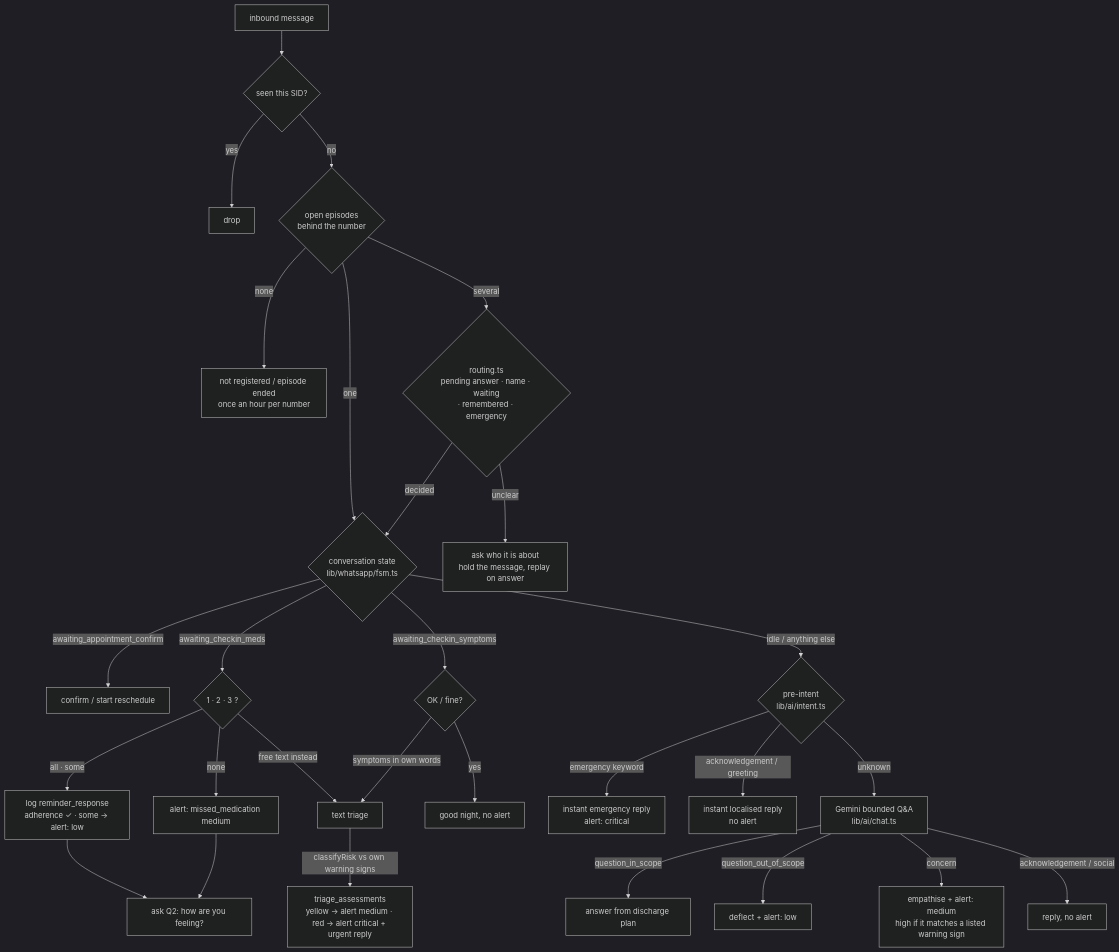
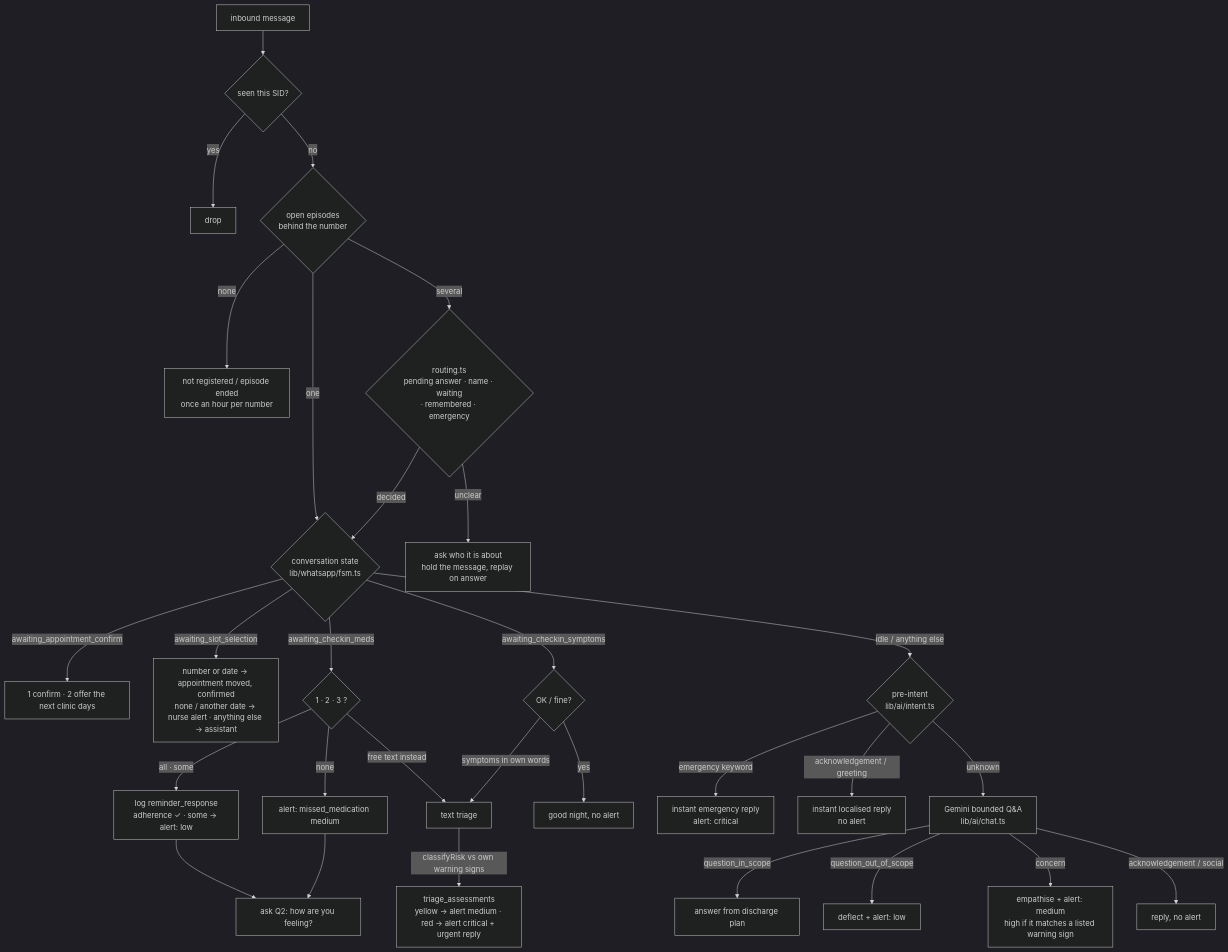
Before and after one commit to FuadAhamed91/-DischargeIQ: the second of 2 diagrams in README.md, drawn with Mermaid (dark theme). The commit also changed other lines of this file and 15 other files, not shown here.

````diff
--- a/README.md
+++ b/README.md
@@ -119,31 +119,32 @@
 ```mermaid
 flowchart TD
   M[inbound message] --> D{seen this SID?}
   D -->|yes| X[drop]
   D -->|no| W{open episodes<br/>behind the number}
   W -->|none| U[not registered / episode ended<br/>once an hour per number]
   W -->|one| S
   W -->|several| R{routing.ts<br/>pending answer · name · waiting<br/>· remembered · emergency}
   R -->|decided| S
   R -->|unclear| ASK[ask who it is about<br/>hold the message, replay on answer]
   S{conversation state<br/>lib/whatsapp/fsm.ts}
-  S -->|awaiting_appointment_confirm| AP[confirm / start reschedule]
+  S -->|awaiting_appointment_confirm| AP[1 confirm · 2 offer the next clinic days]
+  S -->|awaiting_slot_selection| SL[number or date → appointment moved, confirmed<br/>none / another date → nurse alert · anything else → assistant]
   S -->|awaiting_checkin_meds| Q1{1 · 2 · 3 ?}
   Q1 -->|all · some| L[log reminder_response<br/>adherence ✓ · some → alert: low]
   Q1 -->|none| N[alert: missed_medication medium]
   L --> Q2ask[ask Q2: how are you feeling?]
   N --> Q2ask
   Q1 -->|free text instead| T2[text triage]
   S -->|awaiting_checkin_symptoms| Q2{OK / fine?}
   Q2 -->|yes| GN[good night, no alert]
   Q2 -->|symptoms in own words| T2
   T2 -->|classifyRisk vs own warning signs| TR[triage_assessments<br/>yellow → alert medium · red → alert critical + urgent reply]
   S -->|idle / anything else| P{pre-intent<br/>lib/ai/intent.ts}
   P -->|emergency keyword| E[instant emergency reply<br/>alert: critical]
   P -->|acknowledgement / greeting| I[instant localised reply<br/>no alert]
   P -->|unknown| G[Gemini bounded Q&A<br/>lib/ai/chat.ts]
   G -->|question_in_scope| A1[answer from discharge plan]
   G -->|question_out_of_scope| A2[deflect + alert: low]
   G -->|concern| A3[empathise + alert: medium<br/>high if it matches a listed warning sign]
   G -->|acknowledgement / social| A4[reply, no alert]
 ```
````
